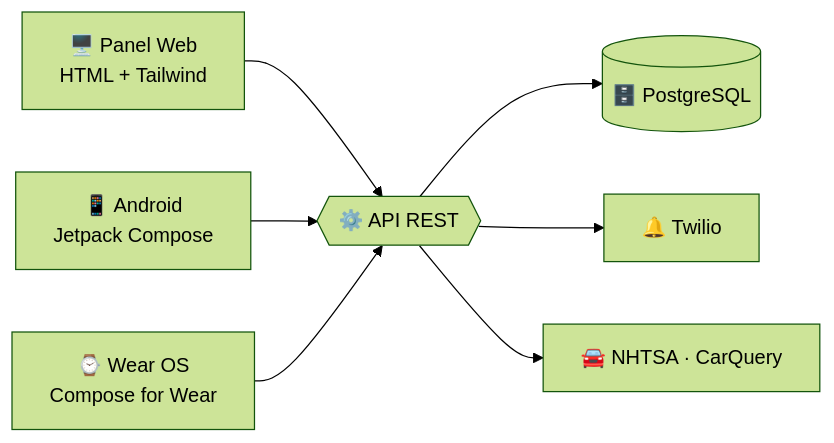
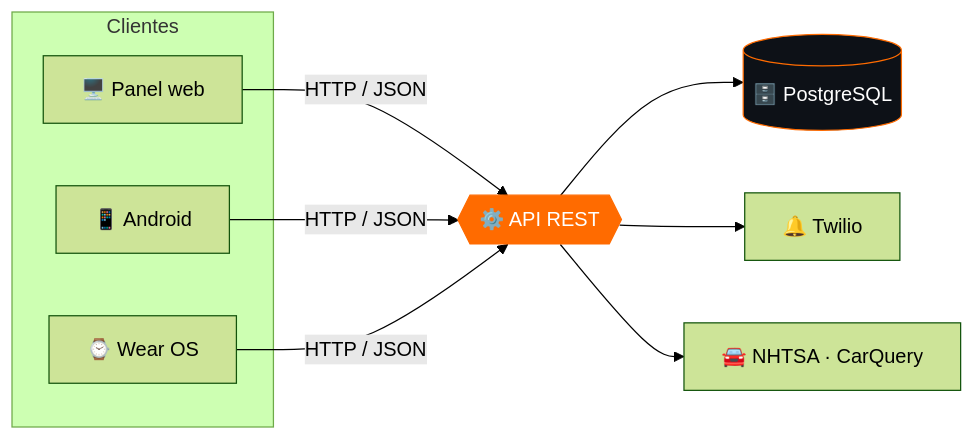
One commit to klo55jhn-prog/klo55jhn-prog changed the diagram in README.md. Above: the diagram before and after it, drawn with Mermaid (forest theme). The commit also changed other lines of this file, not shown here.

````diff
--- a/README.md
+++ b/README.md
@@ -135,9 +144,14 @@
 ```mermaid
 flowchart LR
-W["🖥️ Panel Web<br/>HTML + Tailwind"] --> API
-M["📱 Android<br/>Jetpack Compose"] --> API
-R["⌚ Wear OS<br/>Compose for Wear"] --> API
-API{{"⚙️ API REST"}} --> DB[("🗄️ PostgreSQL")]
-API --> N["🔔 Twilio"]
-API --> E["🚘 NHTSA · CarQuery"]
+    subgraph Clientes
+        W["🖥️ Panel web"]
+        M["📱 Android"]
+        R["⌚ Wear OS"]
+    end
+    W & M & R -->|HTTP / JSON| API{{"⚙️ API REST"}}
+    API --> DB[("🗄️ PostgreSQL")]
+    API --> T["🔔 Twilio"]
+    API --> V["🚘 NHTSA · CarQuery"]
+    style API fill:#ff6b00,stroke:#ff6b00,color:#fff
+    style DB fill:#0d1117,stroke:#ff6b00,color:#fff
 ```
````
